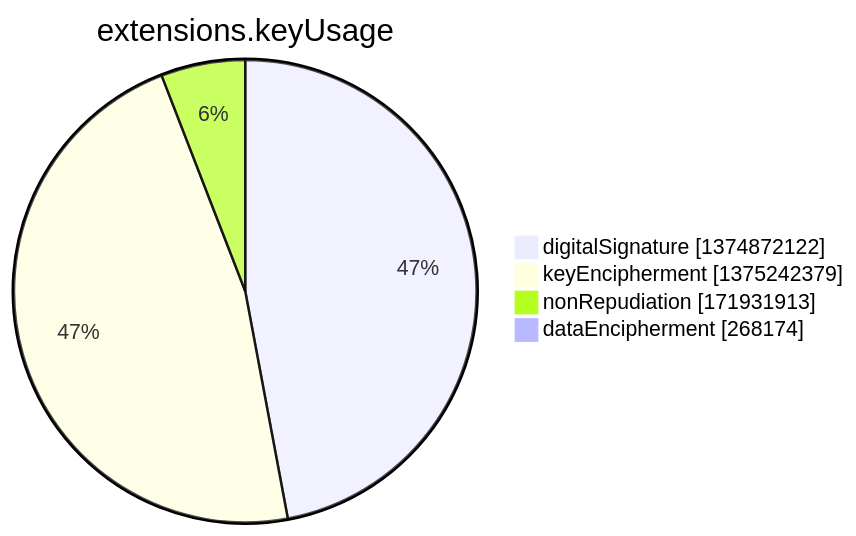
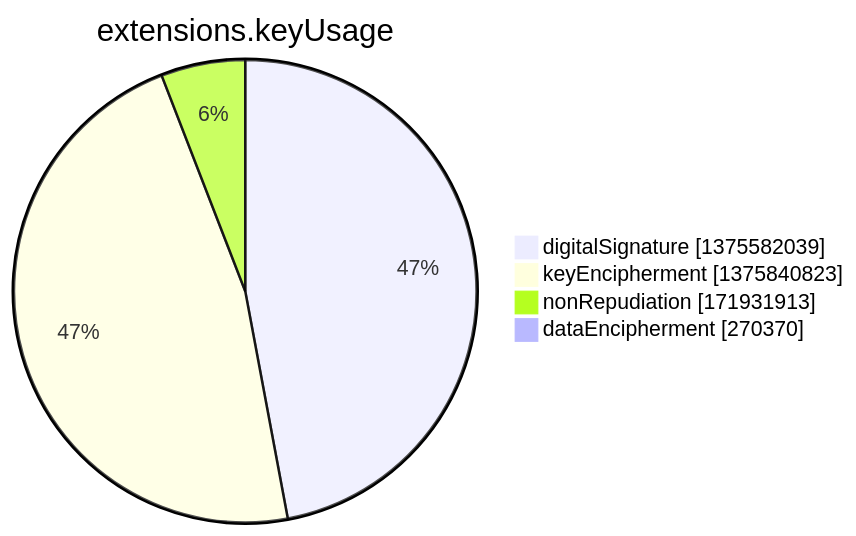
The seventh of 15 diagrams in argon2022/README.md (christiankrug/ctmonitor_visualization), drawn with Mermaid before and after one commit. The commit also changed other lines of this file, not shown here.

````diff
--- a/argon2022/README.md
+++ b/argon2022/README.md
@@ -2751,8 +2751,8 @@
 ```mermaid
 pie showData
 title extensions.keyUsage
-"digitalSignature" :1374872122
-"keyEncipherment" :1375242379
+"digitalSignature" :1375582039
+"keyEncipherment" :1375840823
 "nonRepudiation" :171931913
-"dataEncipherment" :268174
+"dataEncipherment" :270370
 ```
````
